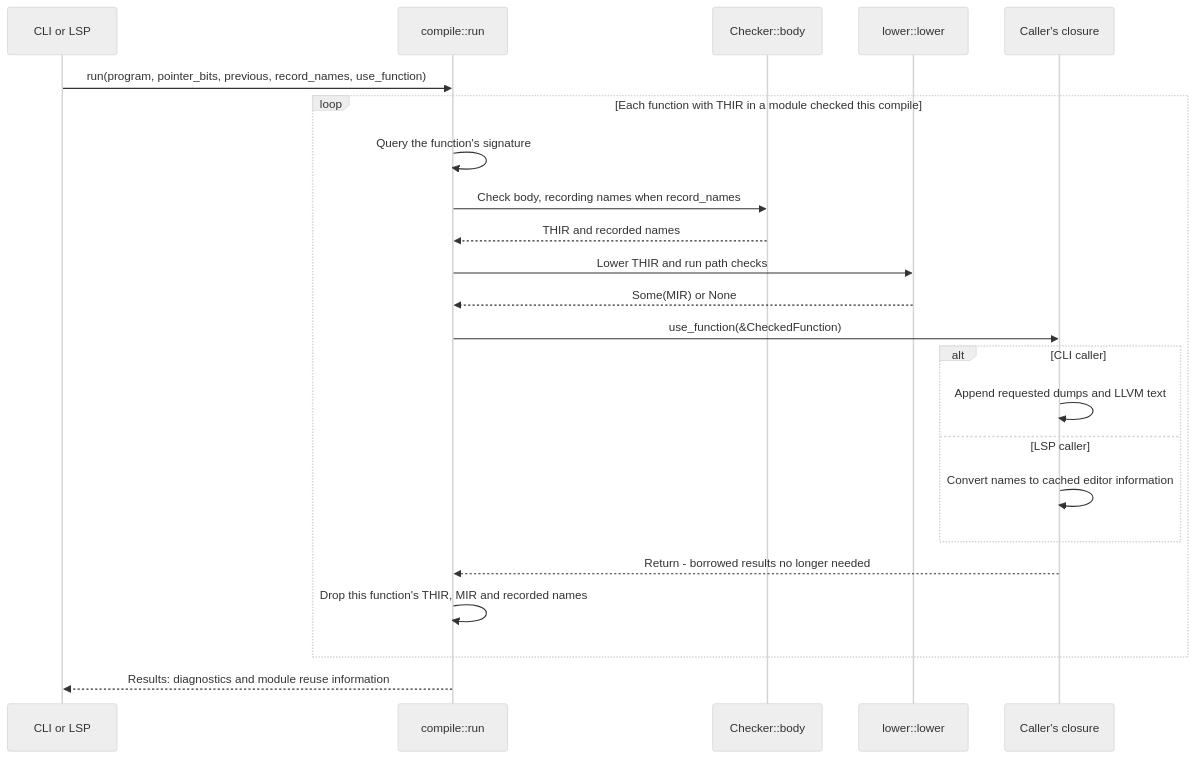
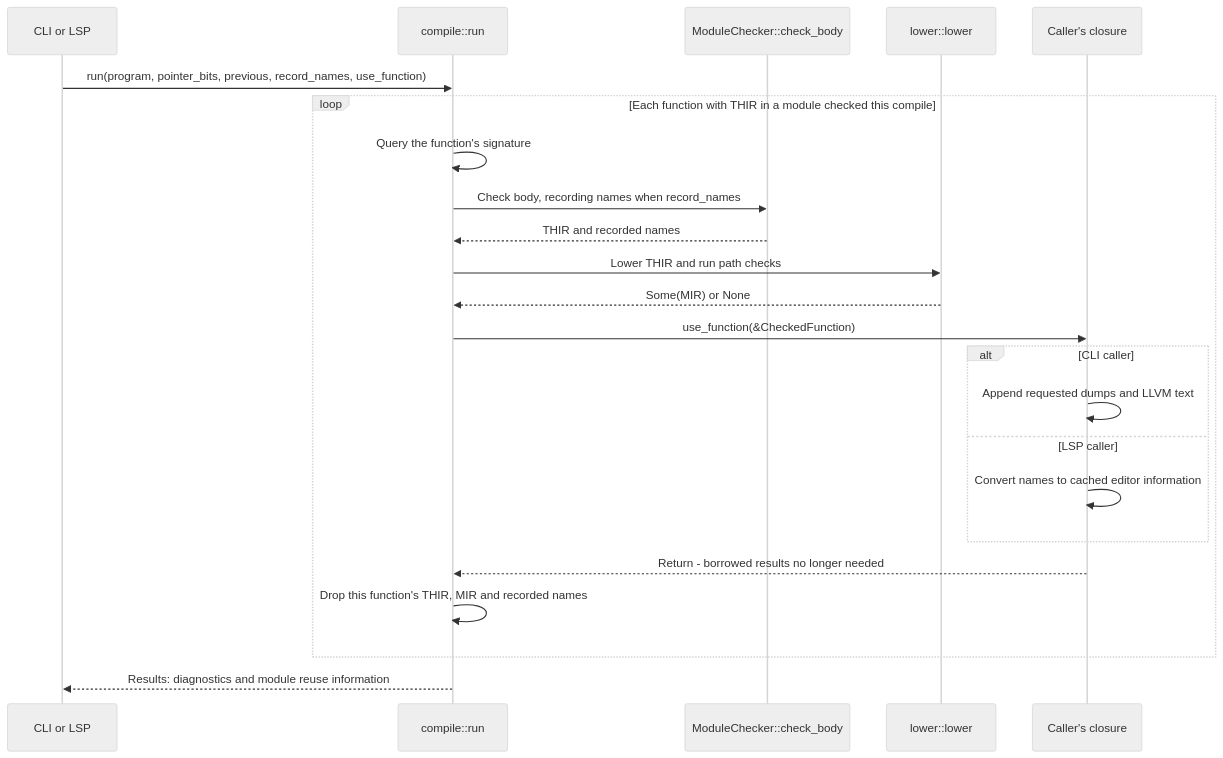
The diagram in README.md (PeeperLanguage/compiler), drawn with Mermaid (neutral theme) before and after one commit. The commit also changed 29 other files, not shown here.

````diff
--- a/README.md
+++ b/README.md
@@ -46,26 +46,26 @@
 ```mermaid
 sequenceDiagram
     participant Caller as CLI or LSP
     participant Compile as compile::run
-    participant Check as Checker::body
+    participant Check as ModuleChecker::check_body
     participant Lower as lower::lower
     participant Callback as Caller's closure
 
     Caller->>Compile: run(program, pointer_bits, previous, record_names, use_function)
     loop Each function with THIR in a module checked this compile
         Compile->>Compile: Query the function's signature
         Compile->>Check: Check body, recording names when record_names
         Check-->>Compile: THIR and recorded names
         Compile->>Lower: Lower THIR and run path checks
         Lower-->>Compile: Some(MIR) or None
         Compile->>Callback: use_function(&CheckedFunction)
         alt CLI caller
             Callback->>Callback: Append requested dumps and LLVM text
         else LSP caller
             Callback->>Callback: Convert names to cached editor information
         end
         Callback-->>Compile: Return - borrowed results no longer needed
         Compile->>Compile: Drop this function's THIR, MIR and recorded names
     end
     Compile-->>Caller: Results: diagnostics and module reuse information
 ```
````
